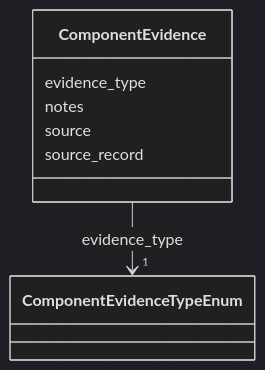
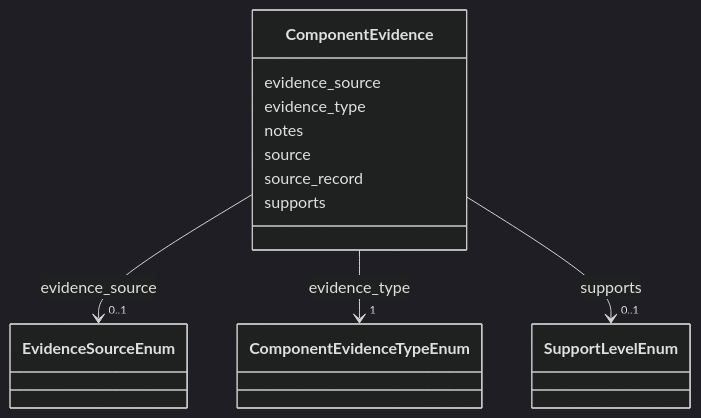
One commit to CultureBotAI/MediaIngredientMech changed the diagram in docs/ComponentEvidence.md. Above: the diagram before and after it, drawn with Mermaid (dark theme). The commit also changed other lines of this file and 3220 other files, not shown here.

````diff
--- a/docs/ComponentEvidence.md
+++ b/docs/ComponentEvidence.md
@@ -18,23 +18,45 @@
 ```mermaid
  classDiagram
     class ComponentEvidence
     click ComponentEvidence href "../ComponentEvidence/"
+      ComponentEvidence : evidence_source
+
+
+
+
+
+        ComponentEvidence --> "0..1" EvidenceSourceEnum : evidence_source
+        click EvidenceSourceEnum href "../EvidenceSourceEnum/"
+
+
+
       ComponentEvidence : evidence_type
-        
-          
-    
-        
-        
+
+
+
+
+
         ComponentEvidence --> "1" ComponentEvidenceTypeEnum : evidence_type
         click ComponentEvidenceTypeEnum href "../ComponentEvidenceTypeEnum/"
-    
 
-        
+
+
       ComponentEvidence : notes
-        
+
       ComponentEvidence : source
-        
+
       ComponentEvidence : source_record
-        
-      
+
+      ComponentEvidence : supports
+
+
+
+
+
+        ComponentEvidence --> "0..1" SupportLevelEnum : supports
+        click SupportLevelEnum href "../SupportLevelEnum/"
+
+
+
+
 ```
````
